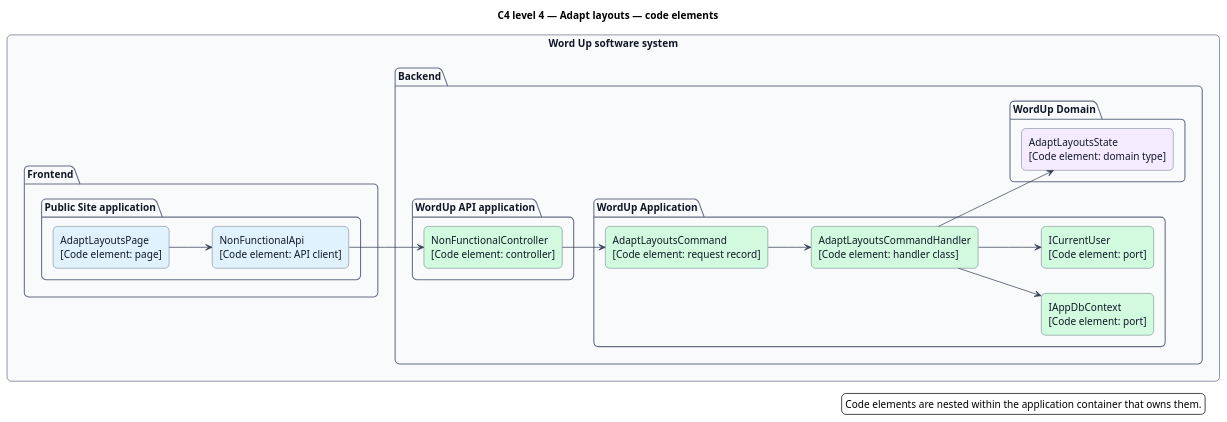
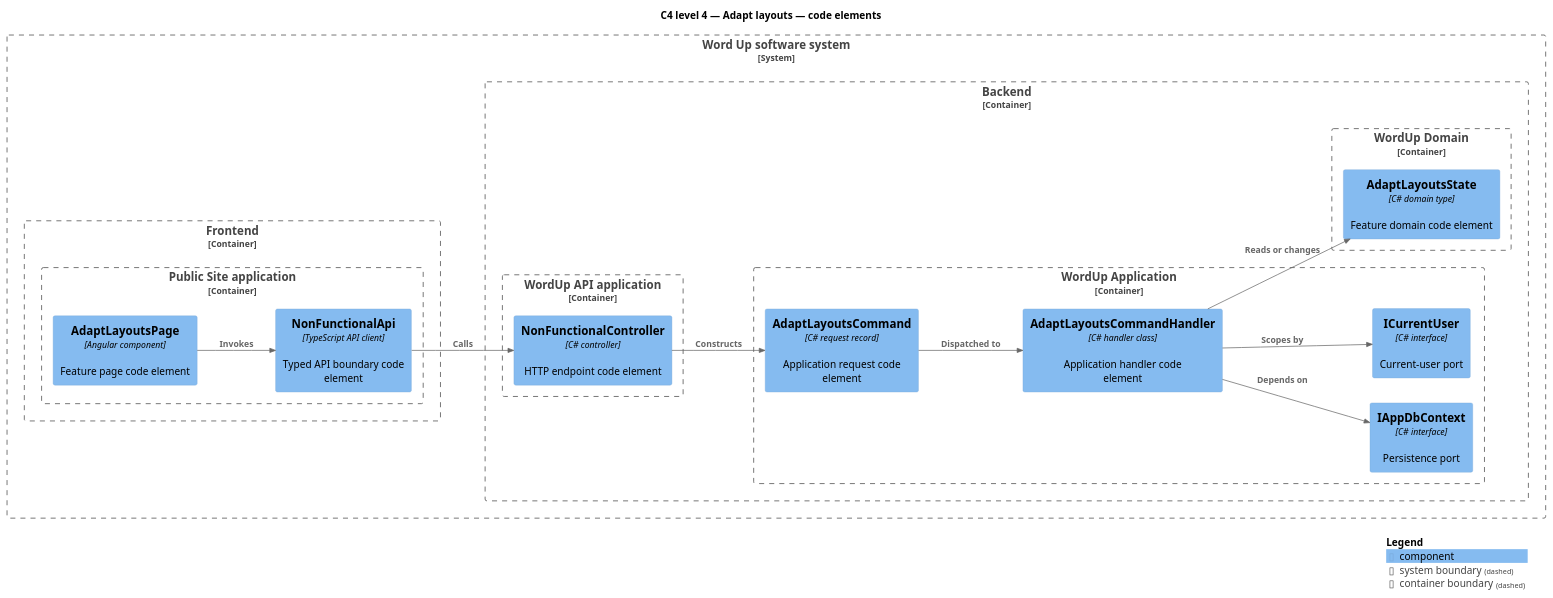
The diagram in docs/detailed-designs/non-functional/adapt-layouts/diagrams/c4-code.puml (QuinntyneBrown/waypoint), drawn with PlantUML before and after one commit. The commit also changed 1294 other files, not shown here.

```diff
--- a/docs/detailed-designs/non-functional/adapt-layouts/diagrams/c4-code.puml
+++ b/docs/detailed-designs/non-functional/adapt-layouts/diagrams/c4-code.puml
@@ -1,50 +1,35 @@
 @startuml
-left to right direction
+!include <C4/C4_Component>
+LAYOUT_LEFT_RIGHT()
 title C4 level 4 — Adapt layouts — code elements
-skinparam backgroundColor #FFFFFF
-skinparam shadowing false
-skinparam roundcorner 12
-skinparam defaultFontName Arial
-skinparam ArrowColor #344054
-skinparam rectangle {
-  BorderColor #344054
-  FontColor #101828
-}
-skinparam package {
-  BorderColor #667085
-  FontColor #101828
-  BackgroundColor #F9FAFB
-}
-rectangle "Word Up software system" {
-  package "Frontend" {
-    package "Public Site application" {
-      rectangle "AdaptLayoutsPage\n[Code element: page]" as page #E0F2FE
-      rectangle "NonFunctionalApi\n[Code element: API client]" as client #E0F2FE
+System_Boundary(wordup, "Word Up software system") {
+  Container_Boundary(frontend, "Frontend") {
+    Container_Boundary(frontend_app, "Public Site application") {
+      Component(page, "AdaptLayoutsPage", "Angular component", "Feature page code element")
+      Component(client, "NonFunctionalApi", "TypeScript API client", "Typed API boundary code element")
     }
   }
-  package "Backend" {
-    package "WordUp API application" {
-      rectangle "NonFunctionalController\n[Code element: controller]" as controller #D1FADF
+  Container_Boundary(backend, "Backend") {
+    Container_Boundary(api_app, "WordUp API application") {
+      Component(controller, "NonFunctionalController", "C# controller", "HTTP endpoint code element")
     }
-    package "WordUp Application" {
-      rectangle "AdaptLayoutsCommand\n[Code element: request record]" as request #D1FADF
-      rectangle "AdaptLayoutsCommandHandler\n[Code element: handler class]" as handler #D1FADF
-      rectangle "IAppDbContext\n[Code element: port]" as dbport #D1FADF
-      rectangle "ICurrentUser\n[Code element: port]" as current #D1FADF
+    Container_Boundary(application, "WordUp Application") {
+      Component(request, "AdaptLayoutsCommand", "C# request record", "Application request code element")
+      Component(handler, "AdaptLayoutsCommandHandler", "C# handler class", "Application handler code element")
+      Component(dbport, "IAppDbContext", "C# interface", "Persistence port")
+      Component(current, "ICurrentUser", "C# interface", "Current-user port")
     }
-    package "WordUp Domain" {
-      rectangle "AdaptLayoutsState\n[Code element: domain type]" as entity #F4EBFF
+    Container_Boundary(domain, "WordUp Domain") {
+      Component(entity, "AdaptLayoutsState", "C# domain type", "Feature domain code element")
     }
   }
 }
-page --> client
-client --> controller
-controller --> request
-request --> handler
-handler --> dbport
-handler --> current
-handler --> entity
-legend right
-  Code elements are nested within the application container that owns them.
-endlegend
+Rel(page, client, "Invokes")
+Rel(client, controller, "Calls")
+Rel(controller, request, "Constructs")
+Rel(request, handler, "Dispatched to")
+Rel(handler, dbport, "Depends on")
+Rel(handler, current, "Scopes by")
+Rel(handler, entity, "Reads or changes")
+SHOW_LEGEND()
 @enduml
```
